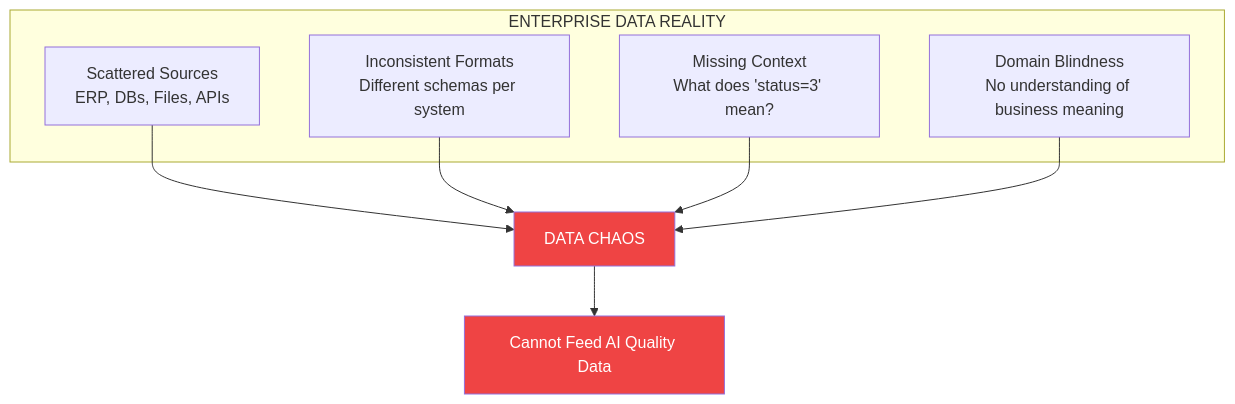
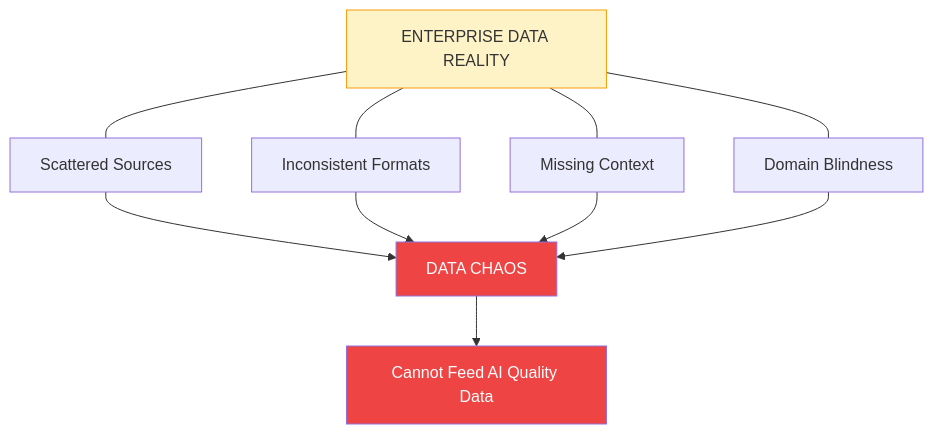
One commit to ashishsuperatom/tech-docs changed the first of 9 diagrams in introduction/problems.mdx. Above: the diagram before and after it, drawn with Mermaid. The commit also changed other lines of this file and 13 other files, not shown here.

First line of the commit message:
Add Superatom AI logo and fix Mermaid diagram rendering

````diff
--- a/introduction/problems.mdx
+++ b/introduction/problems.mdx
@@ -21,18 +21,17 @@
 ```mermaid
 flowchart TD
-    subgraph REALITY["ENTERPRISE DATA REALITY"]
-        D1["Scattered Sources<br>ERP, DBs, Files, APIs"]
-        D2["Inconsistent Formats<br>Different schemas per system"]
-        D3["Missing Context<br>What does 'status=3' mean?"]
-        D4["Domain Blindness<br>No understanding of business meaning"]
-    end
+    TITLE["ENTERPRISE DATA REALITY"]
+    TITLE --- D1 & D2 & D3 & D4
 
-    D1 --> CHAOS["DATA CHAOS"]
-    D2 --> CHAOS
-    D3 --> CHAOS
-    D4 --> CHAOS
+    D1["Scattered Sources"]
+    D2["Inconsistent Formats"]
+    D3["Missing Context"]
+    D4["Domain Blindness"]
+
+    D1 & D2 & D3 & D4 --> CHAOS["DATA CHAOS"]
     CHAOS --> FAIL["Cannot Feed AI Quality Data"]
 
+    style TITLE fill:#fef3c7,stroke:#f59e0b
     style CHAOS fill:#ef4444,color:#fff
     style FAIL fill:#ef4444,color:#fff
 ```
````
